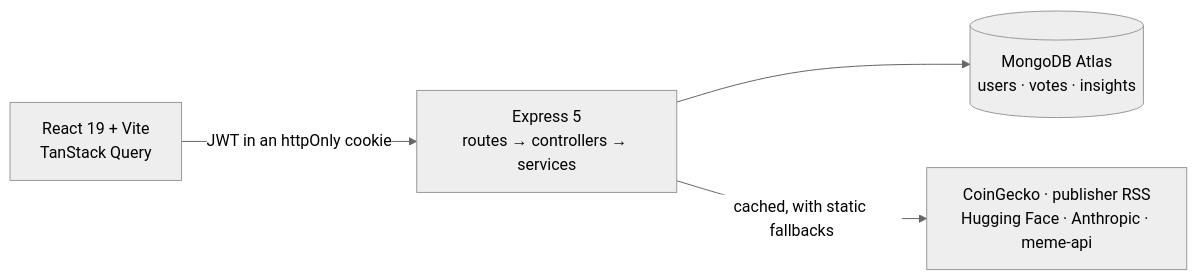
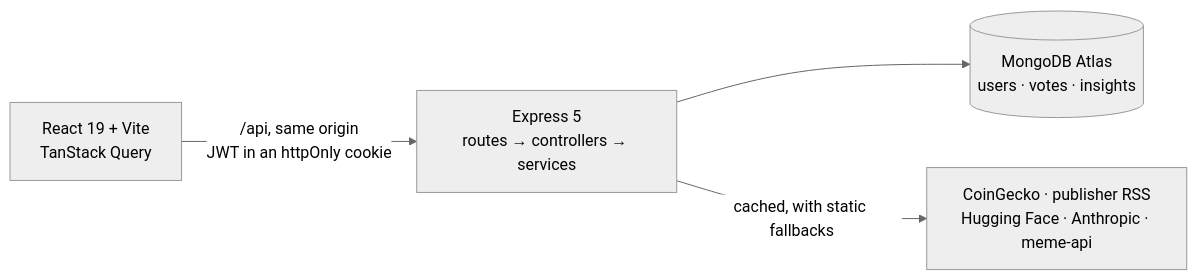
The diagram in README.md (EdenIvgi/ai-crypto-advisor), drawn with Mermaid (neutral theme) before and after one commit. The commit also changed other lines of this file and 6 other files, not shown here.

First line of the commit message:
fix(deploy): serve the API from the origin the page is on

````diff
--- a/README.md
+++ b/README.md
@@ -112,11 +111,11 @@
 ```mermaid
 flowchart LR
     Browser["React 19 + Vite<br/>TanStack Query"]
     API["Express 5<br/>routes → controllers → services"]
     DB[("MongoDB Atlas<br/>users · votes · insights")]
     Ext["CoinGecko · publisher RSS<br/>Hugging Face · Anthropic · meme-api"]
 
-    Browser -- "JWT in an httpOnly cookie" --> API
+    Browser -- "/api, same origin<br/>JWT in an httpOnly cookie" --> API
     API --> DB
     API -- "cached, with static fallbacks" --> Ext
 ```
````
